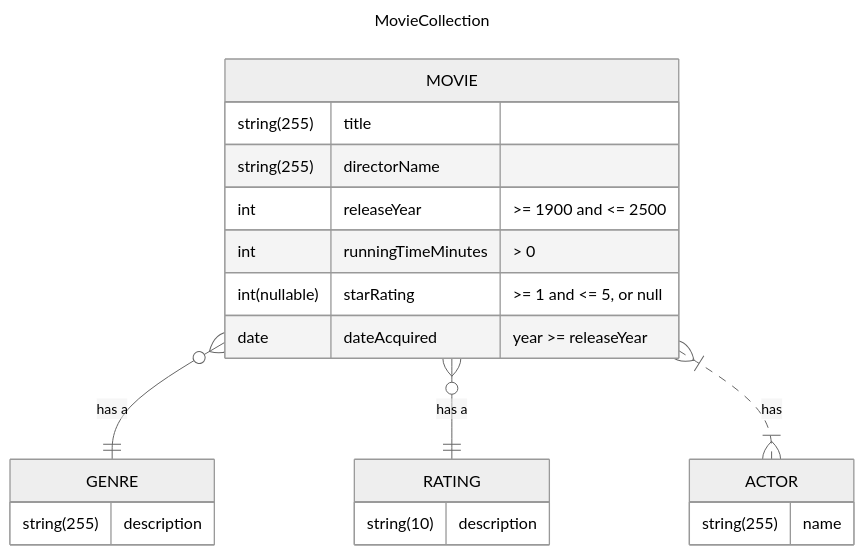
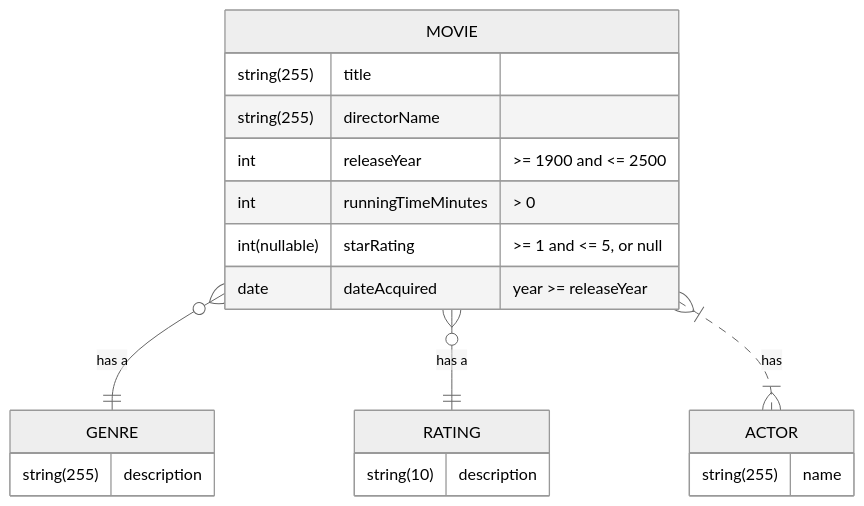
The diagram in README.md (cblemaster/RelationalDatabase), drawn with Mermaid (neutral theme) before and after one commit.

Commit message:
Update README.md
Fix ER diagram, it cannot have a title if embedded in markdown

````diff
--- a/README.md
+++ b/README.md
@@ -27,31 +27,28 @@
 ```mermaid
-    ---
-    title: MovieCollection
-    ---
-    erDiagram
+   erDiagram
         MOVIE }o--|| GENRE : "has a"
         MOVIE }o--|| RATING : "has a"
         MOVIE }|..|{ ACTOR : has
 
         MOVIE {
             string(255) title
             string(255) directorName
             int releaseYear ">= 1900 and <= 2500"
             int runningTimeMinutes "> 0"
             int(nullable) starRating ">= 1 and <= 5, or null"
             date dateAcquired "year >= releaseYear"
         }
         
         GENRE {
             string(255) description
         }
 
         RATING {
             string(10) description
         }
 
         ACTOR {
             string(255) name
         }
 
 ```
````
